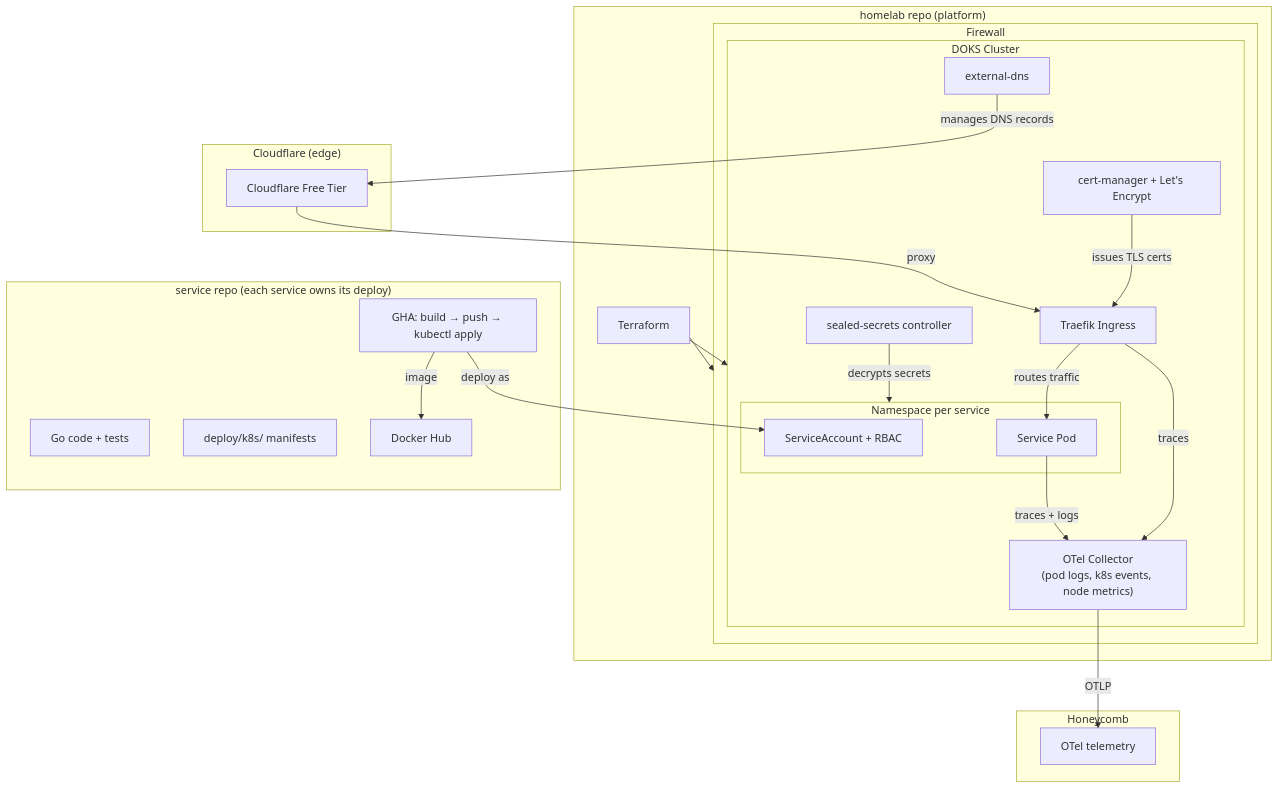
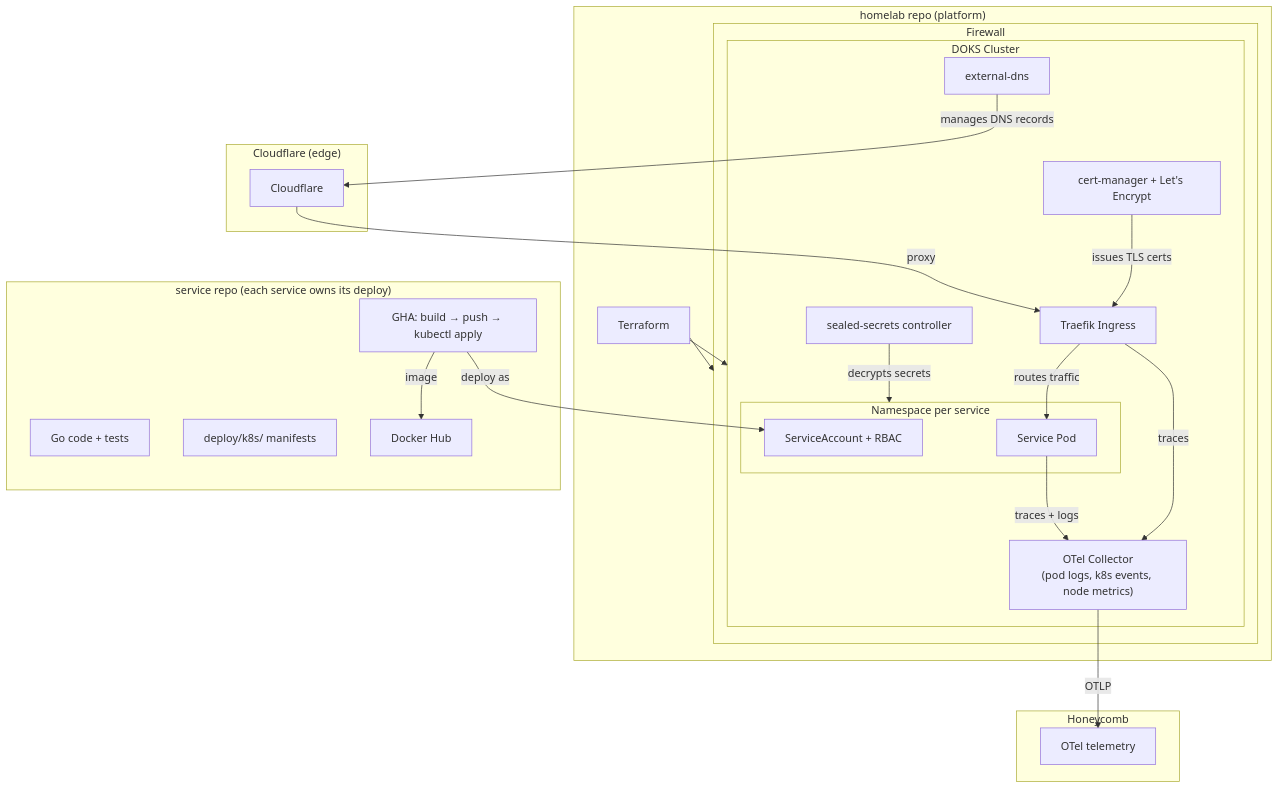
The diagram in README.md (w-h-a/homelab), drawn with Mermaid before and after one commit. The commit also changed 5 other files, not shown here.

````diff
--- a/README.md
+++ b/README.md
@@ -5,46 +5,46 @@
 ```mermaid
 graph TB                                                                                            
     subgraph "homelab repo (platform)" 
         TF[Terraform]       
         subgraph FW[Firewall]
             subgraph DOKS[DOKS Cluster]
                 TRAEFIK[Traefik Ingress]
                 CM[cert-manager + Let's Encrypt]
                 EDNS[external-dns]
                 SS[sealed-secrets controller]
                 OTEL["OTel Collector<br/>(pod logs, k8s events, node metrics)"]
                 subgraph NS[Namespace per service]
                     SVC_SA[ServiceAccount + RBAC]
                     SVC_POD[Service Pod]
                 end
                 TRAEFIK -->|routes traffic| SVC_POD
                 CM -->|issues TLS certs| TRAEFIK
                 SS -->|decrypts secrets| NS
                 TRAEFIK -->|traces| OTEL
                 SVC_POD -->|traces + logs| OTEL
             end
         end
         TF --> FW
         TF --> DOKS
     end
 
     subgraph "Cloudflare (edge)"
-        CF[Cloudflare Free Tier]
+        CF[Cloudflare]
         CF -->|proxy| TRAEFIK
         EDNS -->|manages DNS records| CF
     end
 
     subgraph "service repo (each service owns its deploy)"
         SVC_CODE[Go code + tests]
         SVC_K8S[deploy/k8s/ manifests]
         SVC_GHA[GHA: build → push → kubectl apply]
         SVC_GHA -->|image| DH[Docker Hub]
         SVC_GHA -->|deploy as| SVC_SA
     end
 
     subgraph "Honeycomb"
         HC[OTel telemetry]
     end
 
     OTEL -->|OTLP| HC
 ```
````
